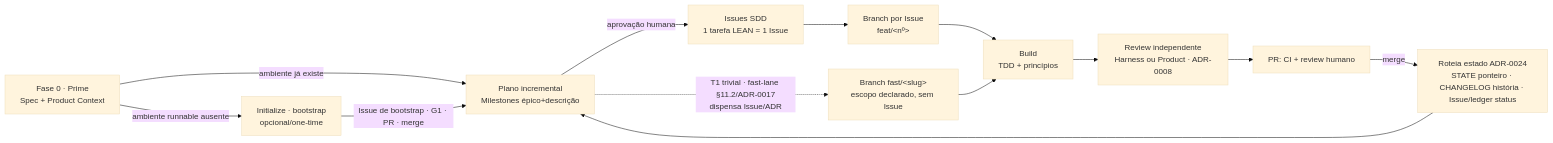
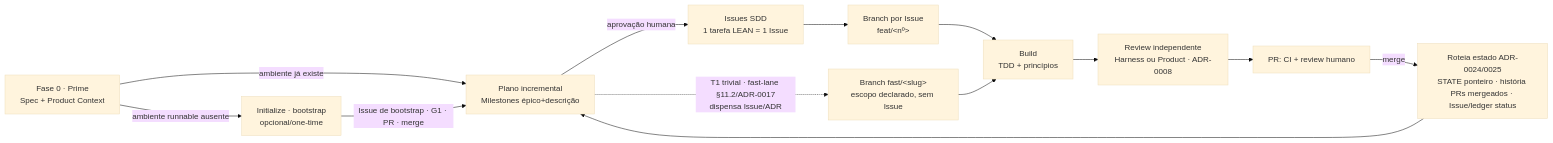
One commit to isaiane/OrionHarness changed the diagram in README.md. Above: the diagram before and after it, drawn with Mermaid (base theme). The commit also changed other lines of this file and 13 other files, not shown here.

````diff
--- a/README.md
+++ b/README.md
@@ -49,15 +49,15 @@
 ```mermaid
 flowchart LR
     P[Fase 0 · Prime<br/>Spec + Product Context] -->|ambiente runnable ausente| I[Initialize · bootstrap<br/>opcional/one-time]
     P -->|ambiente já existe| A
     I -->|Issue de bootstrap · G1 · PR · merge| A
     A[Plano incremental<br/>Milestones épico+descrição] -->|aprovação humana| B[Issues SDD<br/>1 tarefa LEAN = 1 Issue]
     A -.->|T1 trivial · fast-lane §11.2/ADR-0017<br/>dispensa Issue/ADR| FL[Branch fast/&lt;slug&gt;<br/>escopo declarado, sem Issue]
     B --> C[Branch por Issue<br/>feat/&lt;nº&gt;]
     C --> D[Build<br/>TDD + princípios]
     FL --> D
     D --> E[Review independente<br/>Harness ou Product · ADR-0008]
     E --> F[PR: CI + review humano]
-    F -->|merge| G[Roteia estado ADR-0024<br/>STATE ponteiro · CHANGELOG história · Issue/ledger status]
+    F -->|merge| G[Roteia estado ADR-0024/0025<br/>STATE ponteiro · história PRs mergeados · Issue/ledger status]
     G --> A
 ```
````
